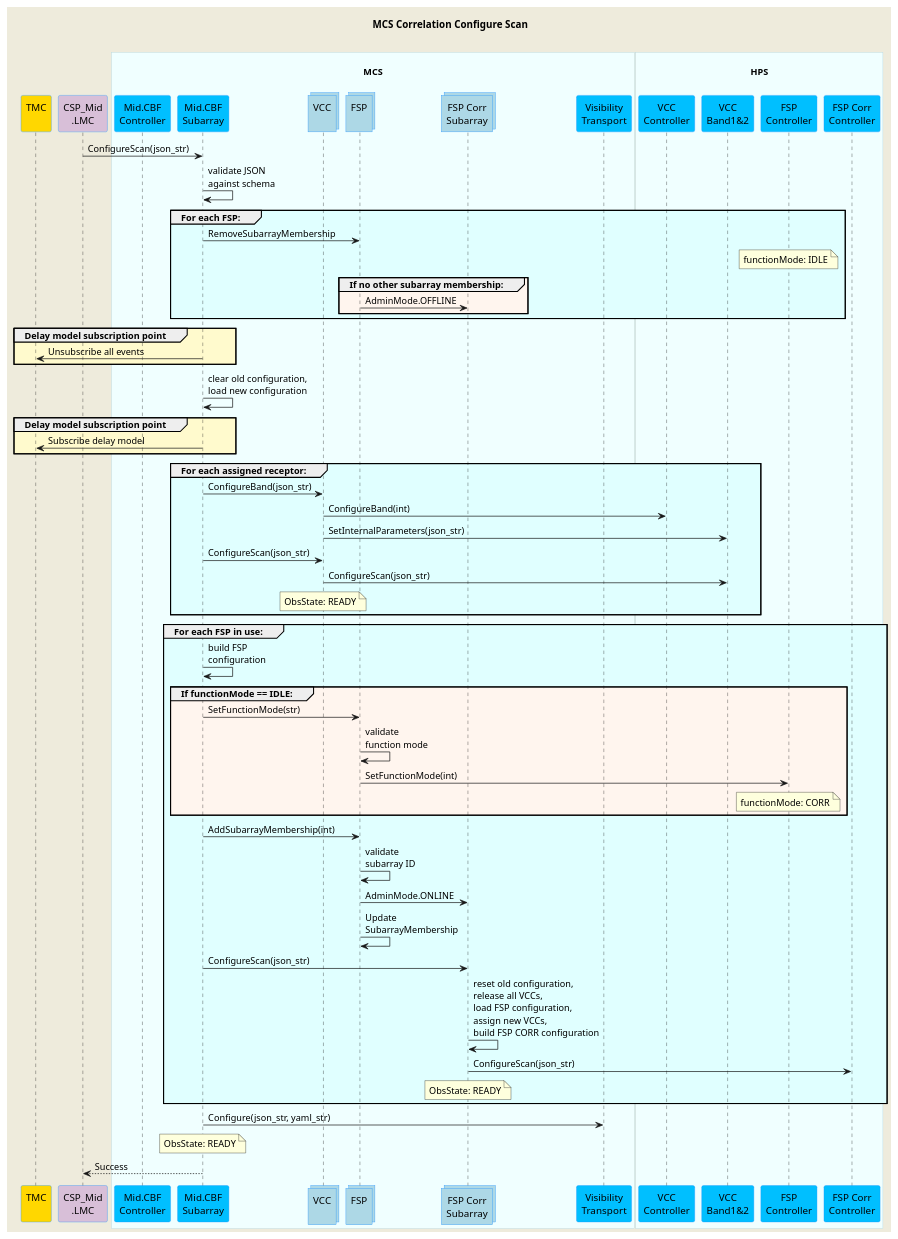
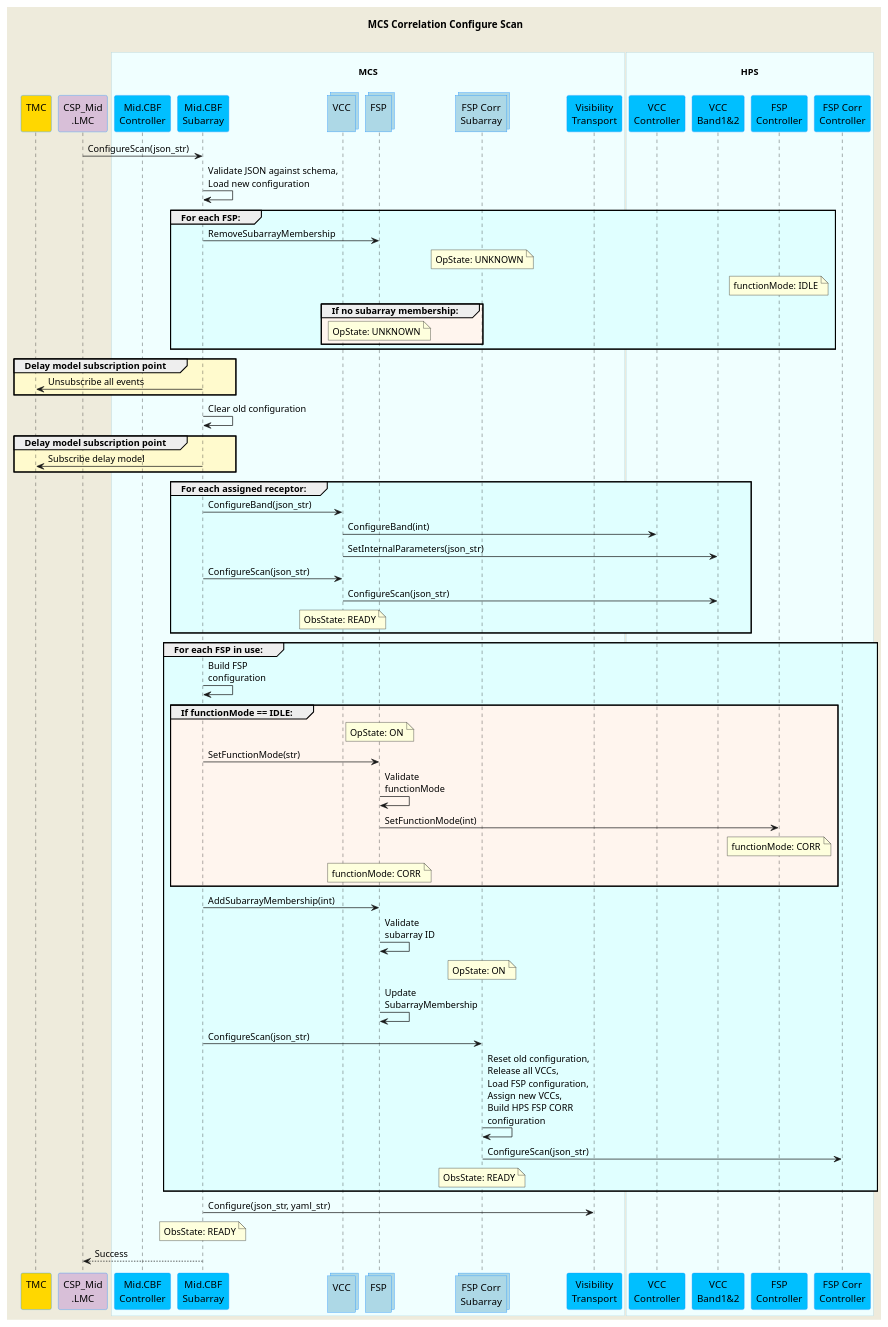
The diagram in docs/src/diagrams/configure-corr-scan-mcs.puml (ska-telescope/mid-cbf-mcs), drawn with PlantUML before and after one commit. The commit also changed 9 other files, not shown here.

```diff
--- a/docs/src/diagrams/configure-corr-scan-mcs.puml
+++ b/docs/src/diagrams/configure-corr-scan-mcs.puml
@@ -1,93 +1,96 @@
 @startuml
 'https://plantuml.com/sequence-diagram
 
 skinparam backgroundColor #EEEBDC
 skinparam sequence {
     ParticipantBorderColor DodgerBlue
     ParticipantBackgroundColor DeepSkyBlue
     ActorBorderColor DarkGreen
     ActorBackgroundColor Green
     BoxBorderColor LightBlue
     BoxBackgroundColor #F0FFFF
 }
 skinparam collections {
     BackGroundColor LightBlue
     BorderColor DodgerBlue
 }
 
 title MCS Correlation Configure Scan\n
 
 participant "TMC\n" as tmc #Gold
 participant "CSP_Mid\n.LMC" as lmc #Thistle
 box "\nMCS\n"
     participant "Mid.CBF\nController" as controller
     participant "Mid.CBF\nSubarray" as subarray
     collections "VCC\n" as vcc
     collections "FSP\n" as fsp
     collections "FSP Corr\nSubarray" as fspcorr
     participant "Visibility\nTransport" as vis_trans
 end box
 box "\nHPS\n" 
     participant "VCC\nController" as vcc_cont
     participant "VCC\nBand1&2" as vcc_band
     participant "FSP\nController" as fsp_cont
     participant "FSP Corr\nController" as fspcorr_cont
 end box
 
 lmc         -> subarray     : ConfigureScan(json_str)
-subarray    -> subarray     : validate JSON\nagainst schema
+subarray    -> subarray     : Validate JSON against schema,\nLoad new configuration
 
 group #LightCyan For each FSP:
     subarray    -> fsp          : RemoveSubarrayMembership
+    note over fspcorr           : OpState: UNKNOWN
     note over fsp_cont          : functionMode: IDLE
-    group #SeaShell If no other subarray membership:
-      fsp       ->  fspcorr     : AdminMode.OFFLINE
+    group #SeaShell If no subarray membership:
+      note over fsp             : OpState: UNKNOWN
     end group
 end group
 
 group #LemonChiffon Delay model subscription point
     subarray    -> tmc          : Unsubscribe all events
 end group
 
-subarray    -> subarray     : clear old configuration,\nload new configuration
+subarray    -> subarray     : Clear old configuration
 
 group #LemonChiffon Delay model subscription point
     subarray    -> tmc          : Subscribe delay model
 end group
 
 group #LightCyan For each assigned receptor:
     subarray    -> vcc          : ConfigureBand(json_str)
     vcc         -> vcc_cont     : ConfigureBand(int)
     vcc         -> vcc_band     : SetInternalParameters(json_str)
     subarray    -> vcc          : ConfigureScan(json_str)
     vcc         -> vcc_band     : ConfigureScan(json_str)
     note over vcc               : ObsState: READY
 end group
 
 group #LightCyan For each FSP in use:
-    subarray    -> subarray     : build FSP\nconfiguration
+    subarray    -> subarray     : Build FSP\nconfiguration
 
     group #SeaShell If functionMode == IDLE:
+        note over fsp               : OpState: ON
         subarray    -> fsp          : SetFunctionMode(str)
-        fsp         -> fsp          : validate\nfunction mode
+        fsp         -> fsp          : Validate\nfunctionMode
         fsp         -> fsp_cont     : SetFunctionMode(int)
-        note over fsp_cont          : functionMode: CORR    
+        note over fsp_cont          : functionMode: CORR
+        note over fsp               : functionMode: CORR 
     end group
 
     subarray    -> fsp          : AddSubarrayMembership(int)
-    fsp         -> fsp          : validate\nsubarray ID
-    fsp         -> fspcorr      : AdminMode.ONLINE
+    fsp         -> fsp          : Validate\nsubarray ID
+    note over fspcorr           : OpState: ON
     fsp         -> fsp          : Update\nSubarrayMembership
 
     subarray    -> fspcorr      : ConfigureScan(json_str)
-    fspcorr     -> fspcorr      : reset old configuration,\nrelease all VCCs,\nload FSP configuration,\nassign new VCCs,\nbuild FSP CORR configuration
+    fspcorr     -> fspcorr      : Reset old configuration,\nRelease all VCCs,\nLoad FSP configuration,\nAssign new VCCs,\nBuild HPS FSP CORR\nconfiguration
     fspcorr     -> fspcorr_cont : ConfigureScan(json_str)
     note over fspcorr           : ObsState: READY
 end group
 
 subarray    -> vis_trans    : Configure(json_str, yaml_str)
 
 note over subarray          : ObsState: READY
 lmc        <-- subarray     : Success
 
 @enduml
```
